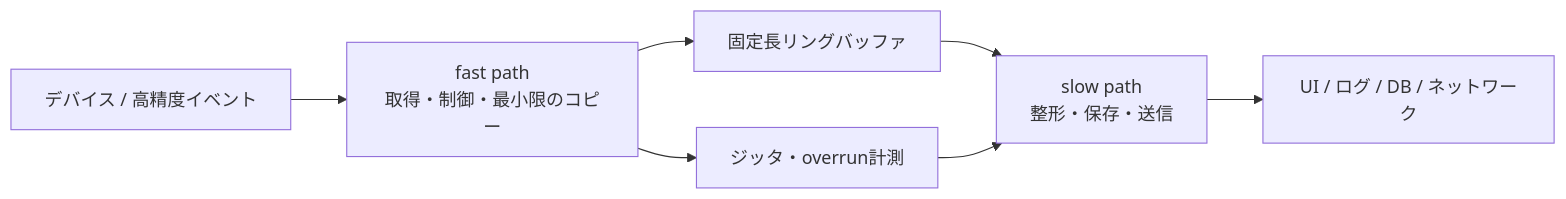
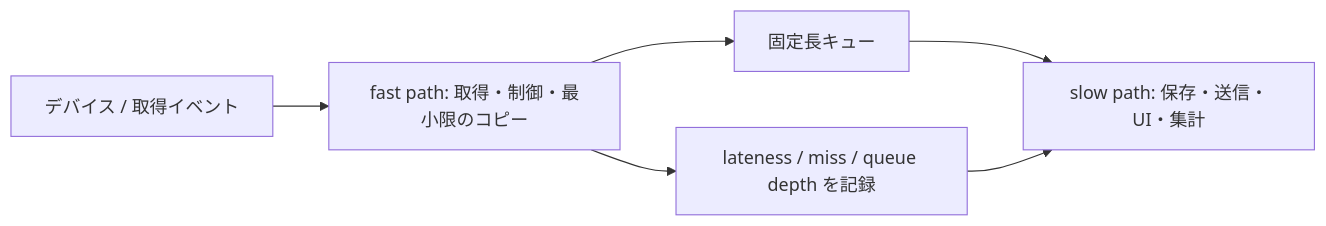
Before and after one commit to gomurin0428/KomuraSoftWeb: the fourth of 11 diagrams in _posts/2026-03-09-000-windows-soft-realtime-practical-guide-natural.md, drawn with Mermaid. The commit also changed other lines of this file, not shown here.

````diff
--- a/_posts/2026-03-09-000-windows-soft-realtime-practical-guide-natural.md
+++ b/_posts/2026-03-09-000-windows-soft-realtime-practical-guide-natural.md
@@ -242,9 +291,8 @@
 ```mermaid
 flowchart LR
-    Device[デバイス / 高精度イベント] --> RT[fast path<br/>取得・制御・最小限のコピー]
-    RT --> Ring[固定長リングバッファ]
-    Ring --> Worker[slow path<br/>整形・保存・送信]
-    Worker --> UI[UI / ログ / DB / ネットワーク]
-    RT --> Stat[ジッタ・overrun計測]
-    Stat --> Worker
+    Input["デバイス / 取得イベント"] --> Fast["fast path: 取得・制御・最小限のコピー"]
+    Fast --> Queue["固定長キュー"]
+    Queue --> Slow["slow path: 保存・送信・UI・集計"]
+    Fast --> Metrics["lateness / miss / queue depth を記録"]
+    Metrics --> Slow
 ```
````
